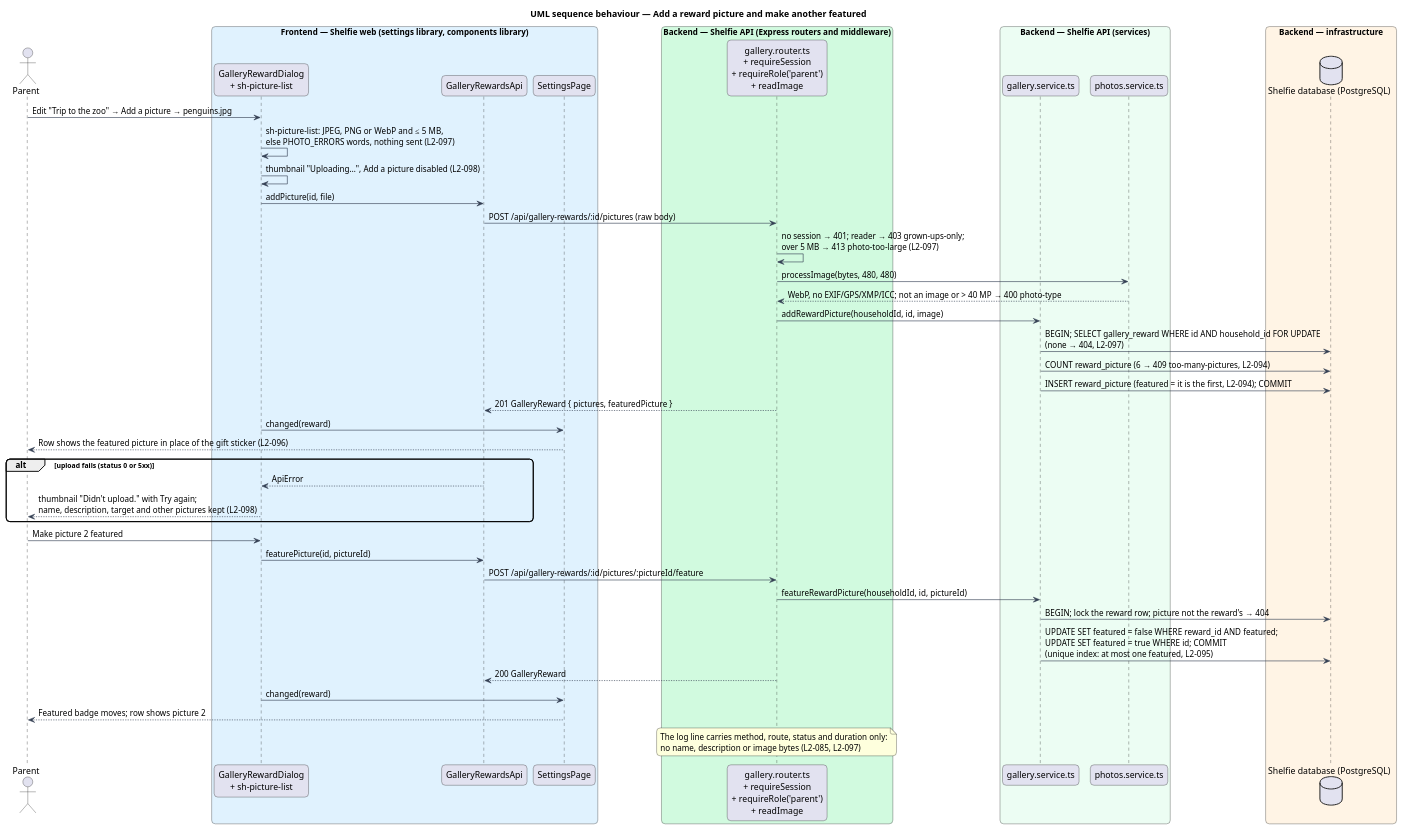
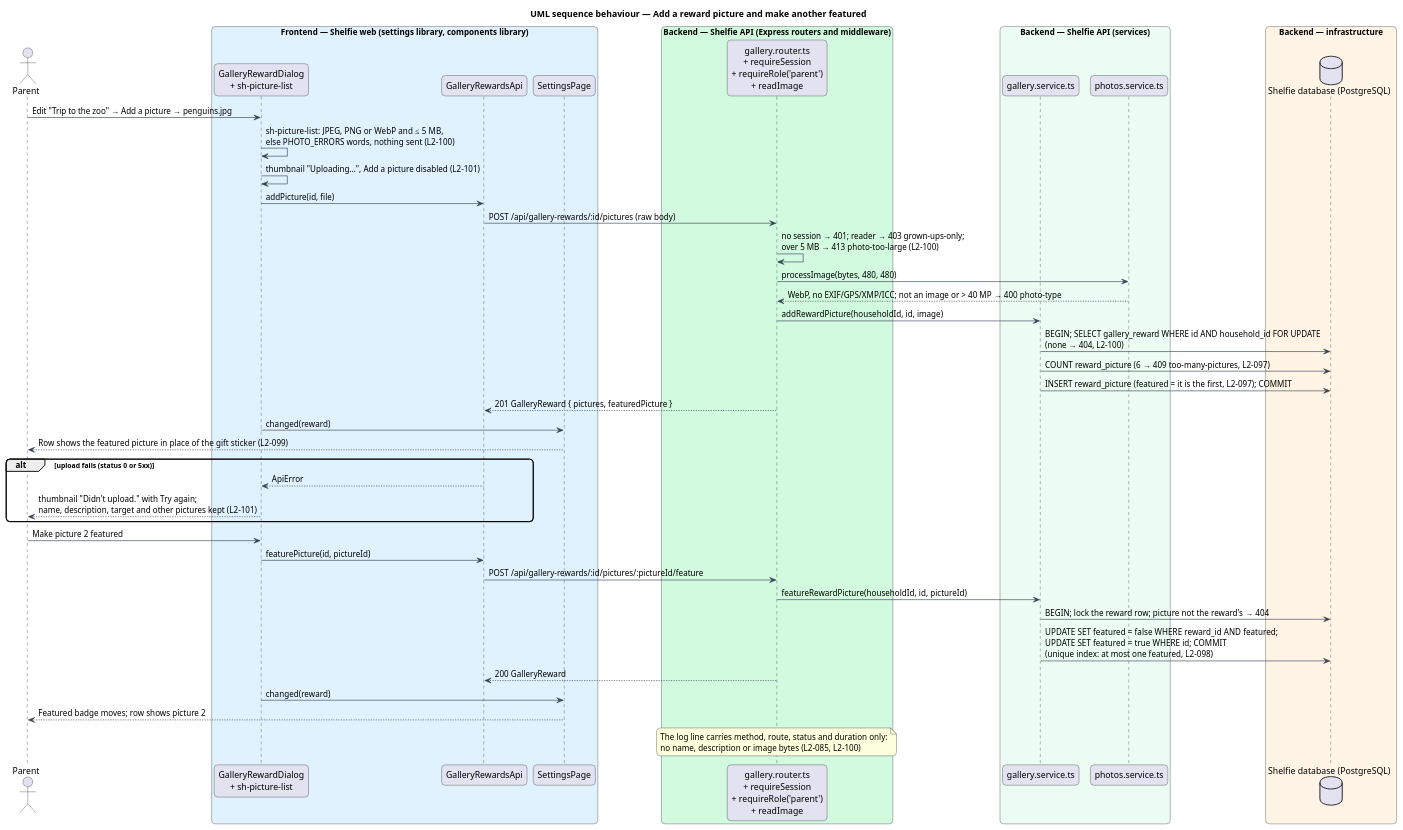
One commit to QuinntyneBrown/shelfie changed the diagram in docs/detailed-designs/review/reward-gallery/diagrams/sequence-reward-pictures.puml. Above: the diagram before and after it, drawn with PlantUML. The commit also changed 50 other files, not shown here.

Commit message:
Renumber reward descriptions and pictures to L2-096 to L2-101 and ADR-0011, after main took L2-093 to L2-095 and ADR-0010

```diff
--- a/docs/detailed-designs/review/reward-gallery/diagrams/sequence-reward-pictures.puml
+++ b/docs/detailed-designs/review/reward-gallery/diagrams/sequence-reward-pictures.puml
@@ -1,54 +1,54 @@
 @startuml
 title UML sequence behaviour — Add a reward picture and make another featured
 skinparam backgroundColor #FFFFFF
 skinparam shadowing false
 skinparam roundcorner 12
 skinparam defaultFontName Arial
 skinparam ArrowColor #344054
 actor "Parent" as parent
 box "Frontend — Shelfie web (settings library, components library)" #E0F2FE
   participant "GalleryRewardDialog\n+ sh-picture-list" as dialog
   participant "GalleryRewardsApi" as client
   participant "SettingsPage" as page
 end box
 box "Backend — Shelfie API (Express routers and middleware)" #D1FADF
   participant "gallery.router.ts\n+ requireSession\n+ requireRole('parent')\n+ readImage" as router
 end box
 box "Backend — Shelfie API (services)" #ECFDF3
   participant "gallery.service.ts" as service
   participant "photos.service.ts" as photos
 end box
 box "Backend — infrastructure" #FFF4E5
   database "Shelfie database (PostgreSQL)" as db
 end box
 
 parent -> dialog : Edit "Trip to the zoo" → Add a picture → penguins.jpg
-dialog -> dialog : sh-picture-list: JPEG, PNG or WebP and ≤ 5 MB,\nelse PHOTO_ERRORS words, nothing sent (L2-097)
-dialog -> dialog : thumbnail "Uploading…", Add a picture disabled (L2-098)
+dialog -> dialog : sh-picture-list: JPEG, PNG or WebP and ≤ 5 MB,\nelse PHOTO_ERRORS words, nothing sent (L2-100)
+dialog -> dialog : thumbnail "Uploading…", Add a picture disabled (L2-101)
 dialog -> client : addPicture(id, file)
 client -> router : POST /api/gallery-rewards/:id/pictures (raw body)
-router -> router : no session → 401; reader → 403 grown-ups-only;\nover 5 MB → 413 photo-too-large (L2-097)
+router -> router : no session → 401; reader → 403 grown-ups-only;\nover 5 MB → 413 photo-too-large (L2-100)
 router -> photos : processImage(bytes, 480, 480)
 photos --> router : WebP, no EXIF/GPS/XMP/ICC; not an image or > 40 MP → 400 photo-type
 router -> service : addRewardPicture(householdId, id, image)
-service -> db : BEGIN; SELECT gallery_reward WHERE id AND household_id FOR UPDATE\n(none → 404, L2-097)
-service -> db : COUNT reward_picture (6 → 409 too-many-pictures, L2-094)
-service -> db : INSERT reward_picture (featured = it is the first, L2-094); COMMIT
+service -> db : BEGIN; SELECT gallery_reward WHERE id AND household_id FOR UPDATE\n(none → 404, L2-100)
+service -> db : COUNT reward_picture (6 → 409 too-many-pictures, L2-097)
+service -> db : INSERT reward_picture (featured = it is the first, L2-097); COMMIT
 router --> client : 201 GalleryReward { pictures, featuredPicture }
 dialog -> page : changed(reward)
-page --> parent : Row shows the featured picture in place of the gift sticker (L2-096)
+page --> parent : Row shows the featured picture in place of the gift sticker (L2-099)
 alt upload fails (status 0 or 5xx)
   client --> dialog : ApiError
-  dialog --> parent : thumbnail "Didn't upload." with Try again;\nname, description, target and other pictures kept (L2-098)
+  dialog --> parent : thumbnail "Didn't upload." with Try again;\nname, description, target and other pictures kept (L2-101)
 end
 parent -> dialog : Make picture 2 featured
 dialog -> client : featurePicture(id, pictureId)
 client -> router : POST /api/gallery-rewards/:id/pictures/:pictureId/feature
 router -> service : featureRewardPicture(householdId, id, pictureId)
 service -> db : BEGIN; lock the reward row; picture not the reward's → 404
-service -> db : UPDATE SET featured = false WHERE reward_id AND featured;\nUPDATE SET featured = true WHERE id; COMMIT\n(unique index: at most one featured, L2-095)
+service -> db : UPDATE SET featured = false WHERE reward_id AND featured;\nUPDATE SET featured = true WHERE id; COMMIT\n(unique index: at most one featured, L2-098)
 router --> client : 200 GalleryReward
 dialog -> page : changed(reward)
 page --> parent : Featured badge moves; row shows picture 2
-note over router : The log line carries method, route, status and duration only:\nno name, description or image bytes (L2-085, L2-097)
+note over router : The log line carries method, route, status and duration only:\nno name, description or image bytes (L2-085, L2-100)
 @enduml
```
